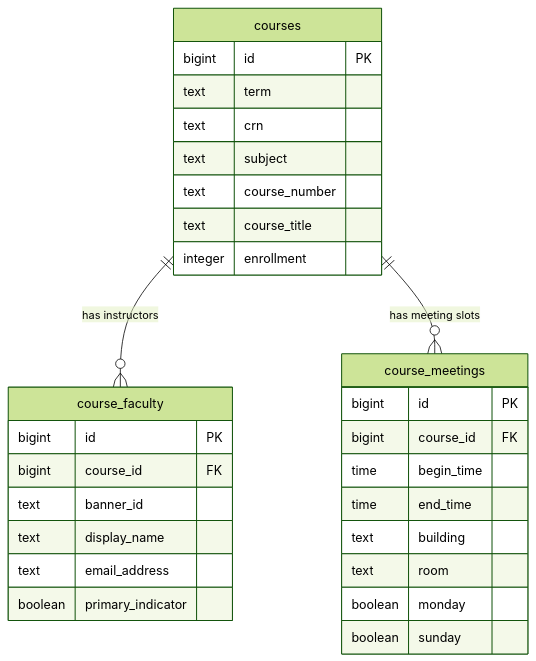
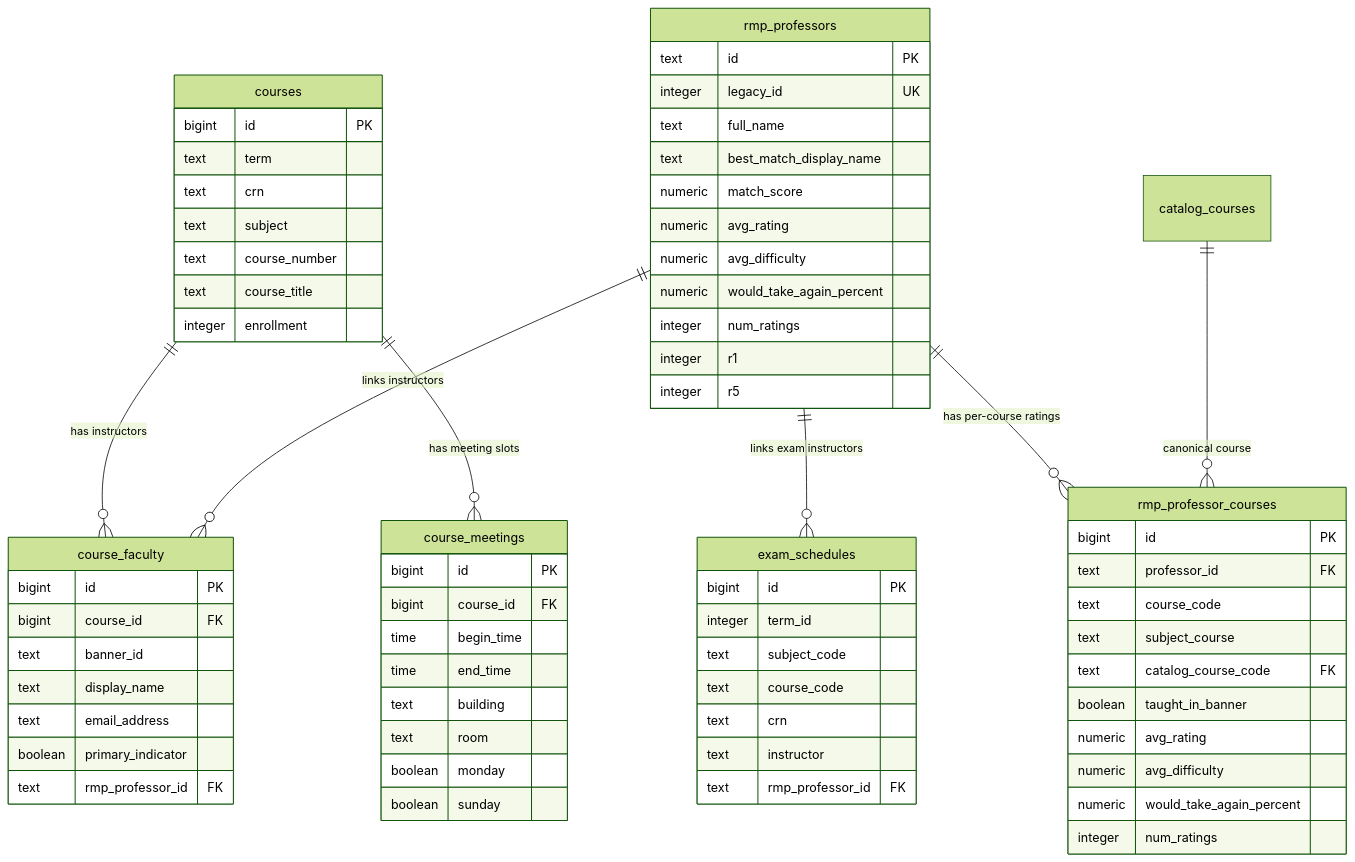
Before and after one commit to thomasm444/better-otu: the diagram in docs/database.md, drawn with Mermaid (forest theme). The commit also changed other lines of this file and 3 other files, not shown here.

````diff
--- a/docs/database.md
+++ b/docs/database.md
@@ -33,33 +35,72 @@
 ```mermaid
 erDiagram
     courses ||--o{ course_faculty : "has instructors"
     courses ||--o{ course_meetings : "has meeting slots"
+    rmp_professors ||--o{ course_faculty : "links instructors"
+    rmp_professors ||--o{ exam_schedules : "links exam instructors"
+    rmp_professors ||--o{ rmp_professor_courses : "has per-course ratings"
+    catalog_courses ||--o{ rmp_professor_courses : "canonical course"
 
     courses {
         bigint id PK
         text term
         text crn
         text subject
         text course_number
         text course_title
         integer enrollment
     }
     course_faculty {
         bigint id PK
         bigint course_id FK
         text banner_id
         text display_name
         text email_address
         boolean primary_indicator
+        text rmp_professor_id FK
     }
     course_meetings {
         bigint id PK
         bigint course_id FK
         time begin_time
         time end_time
         text building
         text room
         boolean monday
         boolean sunday
     }
+    exam_schedules {
+        bigint id PK
+        integer term_id
+        text subject_code
+        text course_code
+        text crn
+        text instructor
+        text rmp_professor_id FK
+    }
+    rmp_professors {
+        text id PK
+        integer legacy_id UK
+        text full_name
+        text best_match_display_name
+        numeric match_score
+        numeric avg_rating
+        numeric avg_difficulty
+        numeric would_take_again_percent
+        integer num_ratings
+        integer r1
+        integer r5
+    }
+    rmp_professor_courses {
+        bigint id PK
+        text professor_id FK
+        text course_code
+        text subject_course
+        text catalog_course_code FK
+        boolean taught_in_banner
+        numeric avg_rating
+        numeric avg_difficulty
+        numeric would_take_again_percent
+        integer num_ratings
+    }
 ```
````
